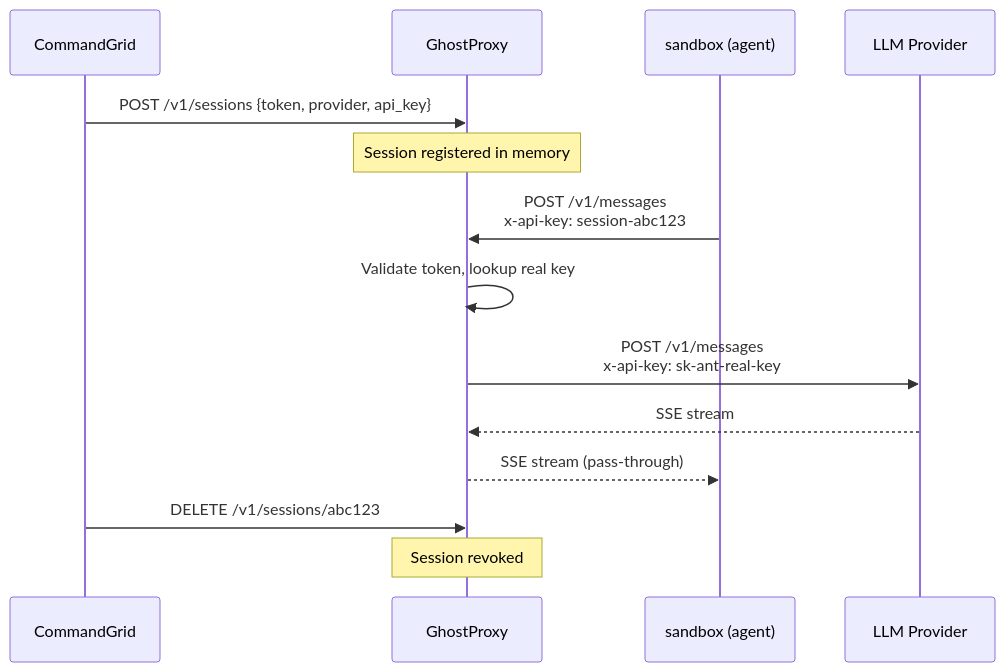
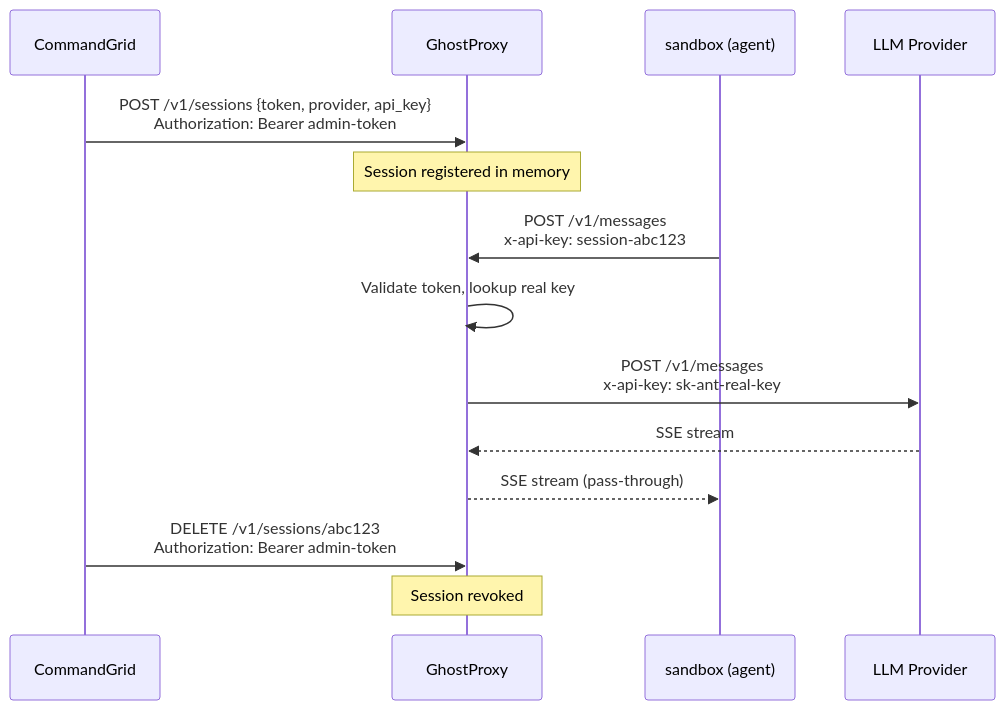
The diagram in README.md (Travbz/llm-proxy), drawn with Mermaid before and after one commit. The commit also changed other lines of this file and 9 other files, not shown here.

First line of the commit message:
feat!: harden GhostProxy admin session APIs and revocation lifecycle

````diff
--- a/README.md
+++ b/README.md
@@ -17,19 +17,19 @@
 ```mermaid
 sequenceDiagram
     participant CP as CommandGrid
     participant Proxy as GhostProxy
     participant Sandbox as sandbox (agent)
     participant LLM as LLM Provider
 
-    CP->>Proxy: POST /v1/sessions {token, provider, api_key}
+    CP->>Proxy: POST /v1/sessions {token, provider, api_key}<br/>Authorization: Bearer admin-token
     Note over Proxy: Session registered in memory
 
     Sandbox->>Proxy: POST /v1/messages<br/>x-api-key: session-abc123
     Proxy->>Proxy: Validate token, lookup real key
     Proxy->>LLM: POST /v1/messages<br/>x-api-key: sk-ant-real-key
     LLM-->>Proxy: SSE stream
     Proxy-->>Sandbox: SSE stream (pass-through)
 
-    CP->>Proxy: DELETE /v1/sessions/abc123
+    CP->>Proxy: DELETE /v1/sessions/abc123<br/>Authorization: Bearer admin-token
     Note over Proxy: Session revoked
 ```
````
